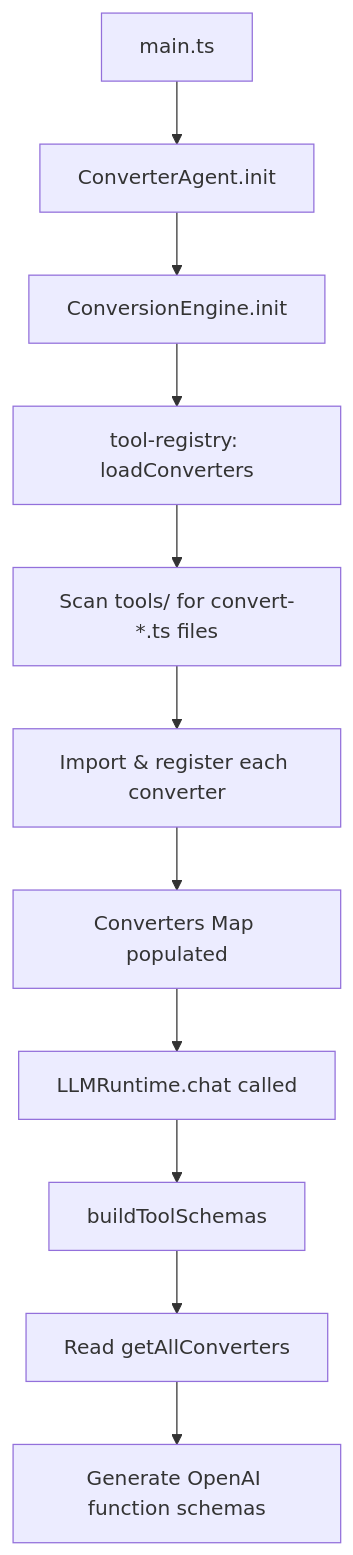
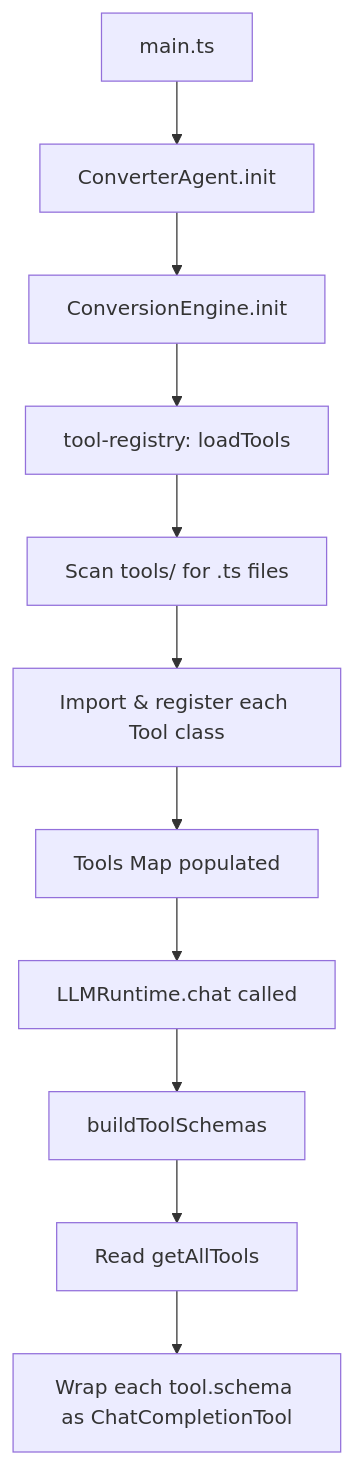
The third of 5 diagrams in README.md (camercadop/ai-universal-converter), drawn with Mermaid before and after one commit. The commit also changed other lines of this file and 13 other files, not shown here.

Commit message:
feat(tools): refactor conversion architecture to support dynamic tool registration and execution

````diff
--- a/README.md
+++ b/README.md
@@ -135,13 +144,13 @@
 ```mermaid
 flowchart TD
     A[main.ts] --> B[ConverterAgent.init]
     B --> C[ConversionEngine.init]
-    C --> D[tool-registry: loadConverters]
-    D --> E[Scan tools/ for convert-*.ts files]
-    E --> F[Import & register each converter]
-    F --> G[Converters Map populated]
+    C --> D[tool-registry: loadTools]
+    D --> E[Scan tools/ for .ts files]
+    E --> F[Import & register each Tool class]
+    F --> G[Tools Map populated]
     G --> H[LLMRuntime.chat called]
     H --> I[buildToolSchemas]
-    I --> J[Read getAllConverters]
-    J --> K[Generate OpenAI function schemas]
+    I --> J[Read getAllTools]
+    J --> K[Wrap each tool.schema as ChatCompletionTool]
 ```
````
